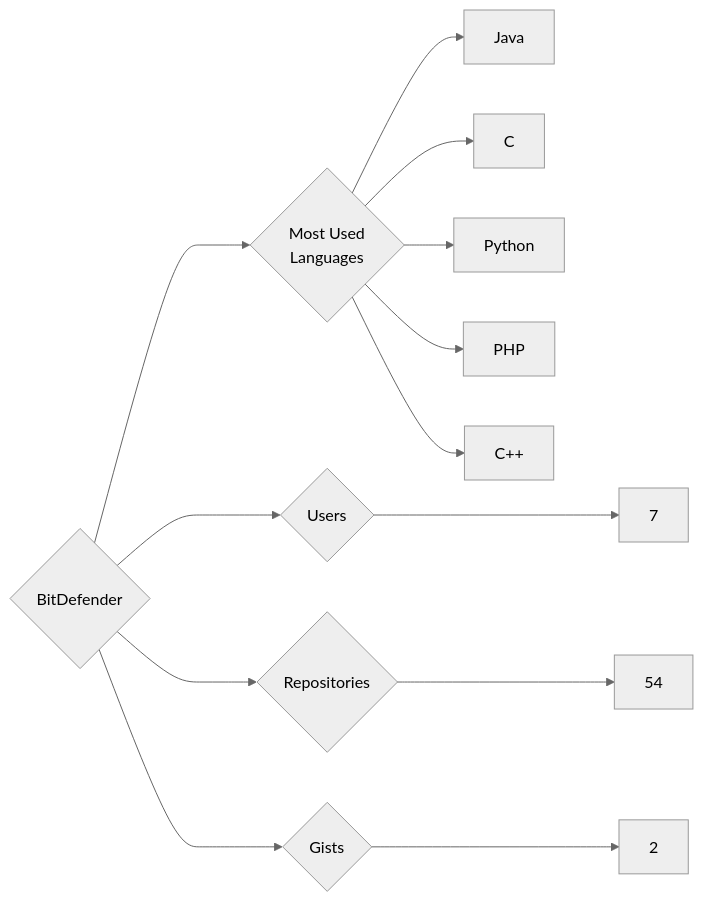
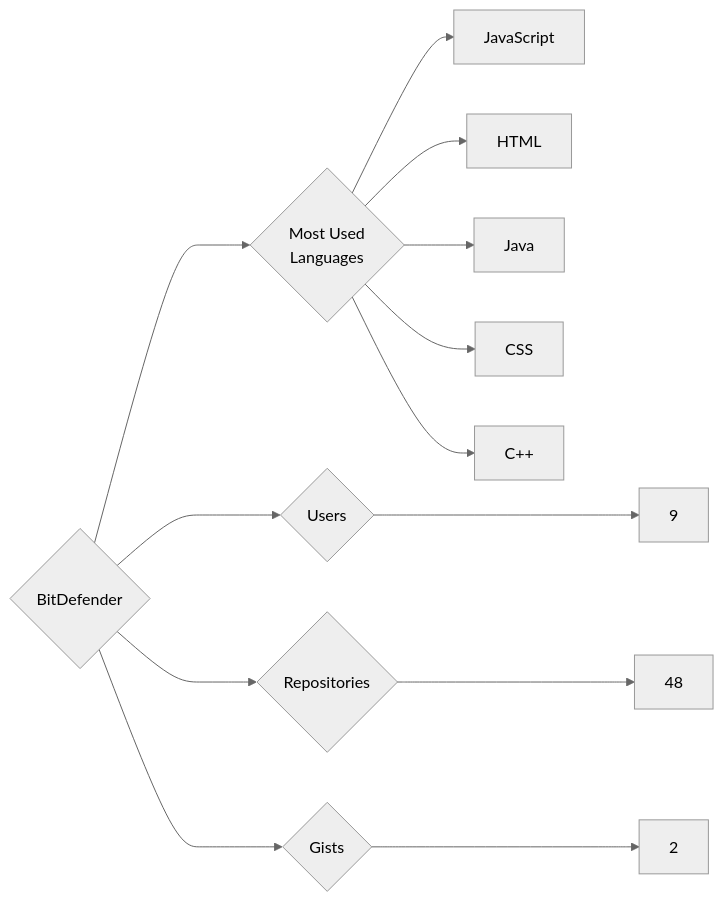
One commit to trickest/insiders changed the diagram in targets/BitDefender/README.md. Above: the diagram before and after it, drawn with Mermaid (neutral theme). The commit also changed 925 other files, not shown here.

````diff
--- a/targets/BitDefender/README.md
+++ b/targets/BitDefender/README.md
@@ -3,13 +3,13 @@
 ```mermaid
 graph LR
 COMPANY_NAME{BitDefender}
-COMPANY_NAME ---> U{Users} ---> UN[7]
-COMPANY_NAME ---> R{Repositories} ---> RN[54]
+COMPANY_NAME ---> U{Users} ---> UN[9]
+COMPANY_NAME ---> R{Repositories} ---> RN[48]
 COMPANY_NAME ---> G{Gists} ---> GN[2]
 COMPANY_NAME ---> ML{Most Used<br>Languages}
+ML --> JavaScript[JavaScript]
+ML --> HTML[HTML]
 ML --> Java[Java]
-ML --> C[C]
-ML --> Python[Python]
-ML --> PHP[PHP]
+ML --> CSS[CSS]
 ML --> C++[C++]
 ```
````
